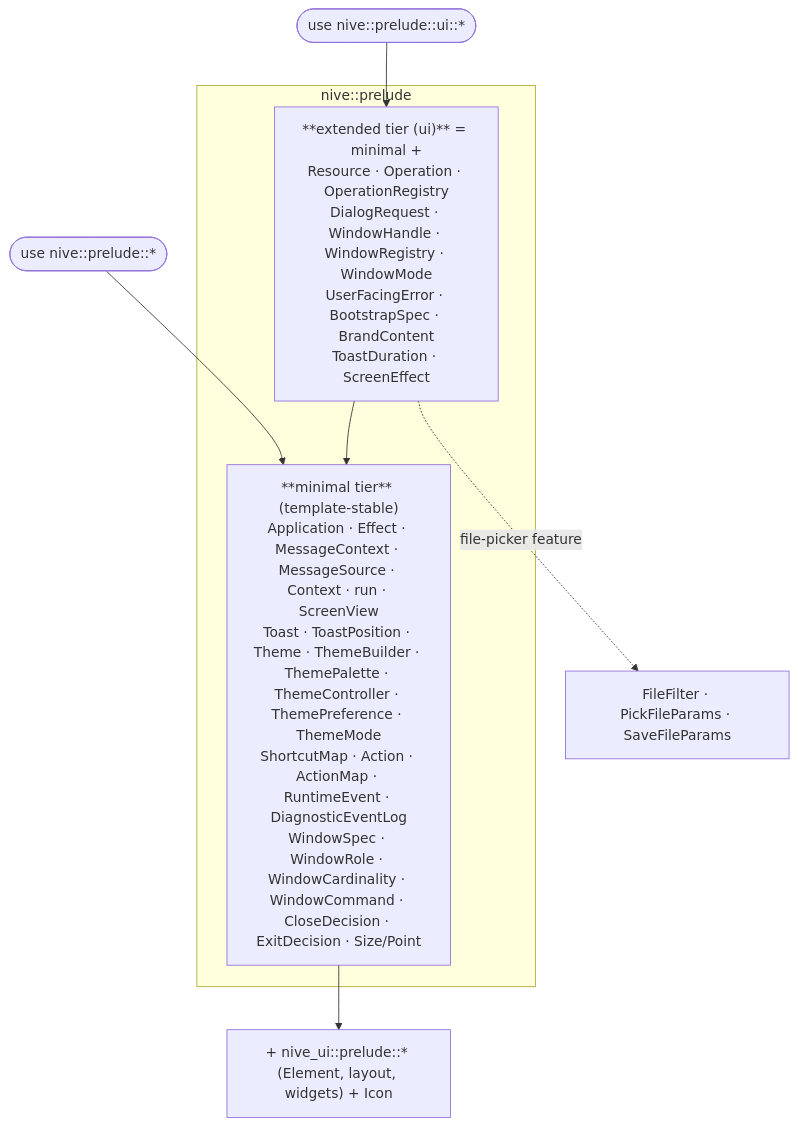
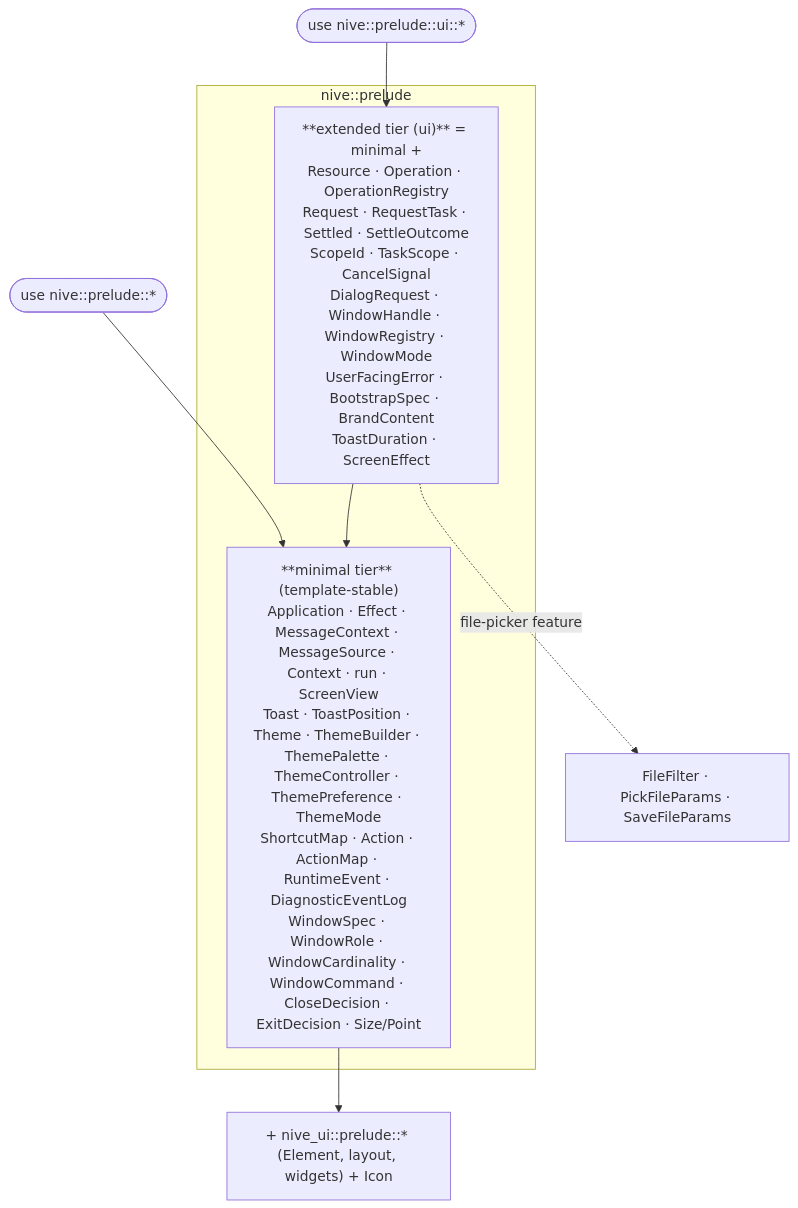
One commit to JirlanSouza/nive changed the first of 4 diagrams in docs/architecture/api-surface.md. Above: the diagram before and after it, drawn with Mermaid. The commit also changed other lines of this file and 44 other files, not shown here.

````diff
--- a/docs/architecture/api-surface.md
+++ b/docs/architecture/api-surface.md
@@ -17,14 +17,14 @@
 ```mermaid
 flowchart TD
     app(["use nive::prelude::*"]) --> minimal
     appui(["use nive::prelude::ui::*"]) --> extended
 
     subgraph tiers["nive::prelude"]
         minimal["**minimal tier** (template-stable)<br/>Application · Effect · MessageContext · MessageSource · Context · run · ScreenView<br/>Toast · ToastPosition · Theme · ThemeBuilder · ThemePalette · ThemeController · ThemePreference · ThemeMode<br/>ShortcutMap · Action · ActionMap · RuntimeEvent · DiagnosticEventLog<br/>WindowSpec · WindowRole · WindowCardinality · WindowCommand · CloseDecision · ExitDecision · Size/Point"]
-        extended["**extended tier (ui)** = minimal +<br/>Resource · Operation · OperationRegistry<br/>DialogRequest · WindowHandle · WindowRegistry · WindowMode<br/>UserFacingError · BootstrapSpec · BrandContent<br/>ToastDuration · ScreenEffect"]
+        extended["**extended tier (ui)** = minimal +<br/>Resource · Operation · OperationRegistry<br/>Request · RequestTask · Settled · SettleOutcome<br/>ScopeId · TaskScope · CancelSignal<br/>DialogRequest · WindowHandle · WindowRegistry · WindowMode<br/>UserFacingError · BootstrapSpec · BrandContent<br/>ToastDuration · ScreenEffect"]
         extended --> minimal
     end
 
     minimal --> uiprelude["+ nive_ui::prelude::* (Element, layout, widgets) + Icon"]
     extended -.file-picker feature.-> fp["FileFilter · PickFileParams · SaveFileParams"]
 ```
````
